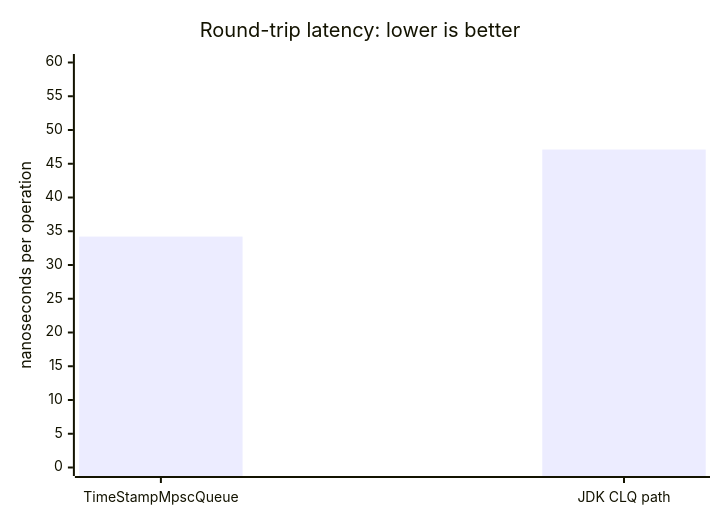
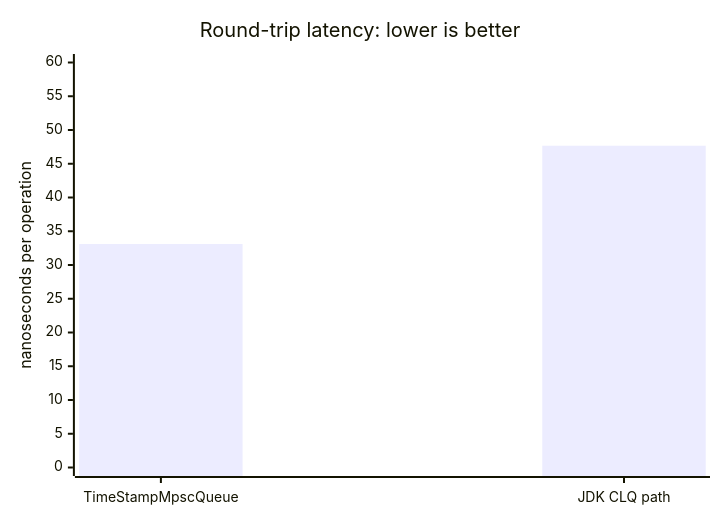
Before and after one commit to kmgowda/SBK: diagram 27 of 33 in docs/TIMESTAMP_MPSC_QUEUE.md, drawn with Mermaid. The commit also changed other lines of this file and 21 other files, not shown here.

````diff
--- a/docs/TIMESTAMP_MPSC_QUEUE.md
+++ b/docs/TIMESTAMP_MPSC_QUEUE.md
@@ -543,7 +1248,7 @@
 ```mermaid
 xychart-beta
     title "Round-trip latency: lower is better"
     x-axis ["TimeStampMpscQueue", "JDK CLQ path"]
     y-axis "nanoseconds per operation" 0 --> 60
-    bar [34.208, 47.107]
+    bar [33.107, 47.673]
 ```
````
